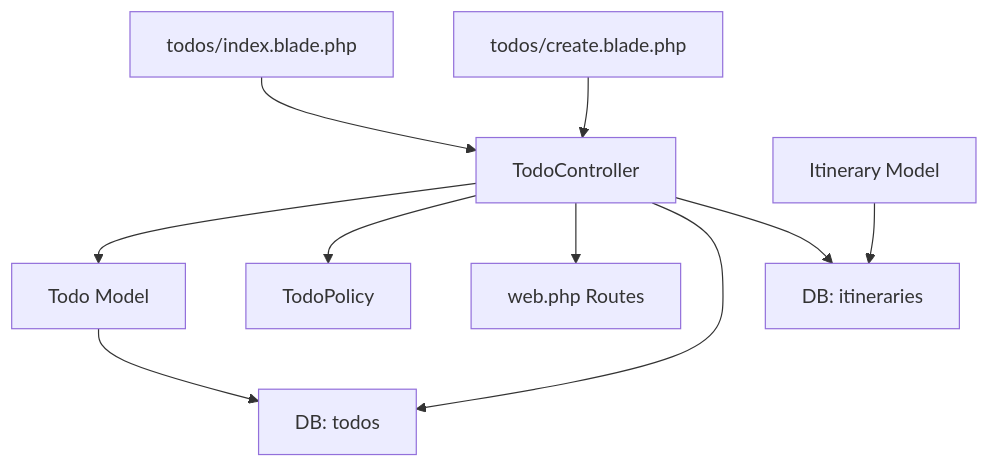
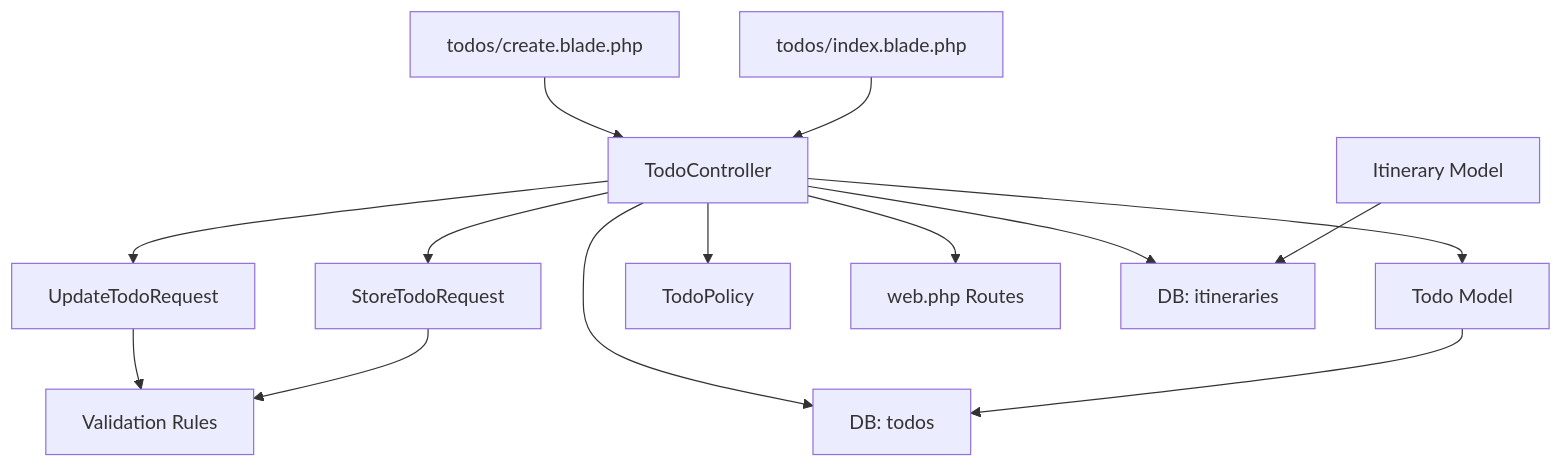
One commit to VenokM05/Travel_Project changed the ninth of 9 diagrams in .qoder/repowiki/en/content/To-Do List Management.md. Above: the diagram before and after it, drawn with Mermaid. The commit also changed other lines of this file and 12 other files, not shown here.

````diff
--- a/.qoder/repowiki/en/content/To-Do List Management.md
+++ b/.qoder/repowiki/en/content/To-Do List Management.md
@@ -343,12 +417,16 @@
 ```mermaid
 graph TB
 TC["TodoController"] --> T["Todo Model"]
+TC --> STR["StoreTodoRequest"]
+TC --> UR["UpdateTodoRequest"]
 TC --> P["TodoPolicy"]
 TC --> R["web.php Routes"]
+STR --> VR["Validation Rules"]
+UR --> VR
 VI["todos/index.blade.php"] --> TC
 VC["todos/create.blade.php"] --> TC
 T --> DBT["DB: todos"]
 I["Itinerary Model"] --> DBI["DB: itineraries"]
 TC --> DBT
 TC --> DBI
 ```
````
